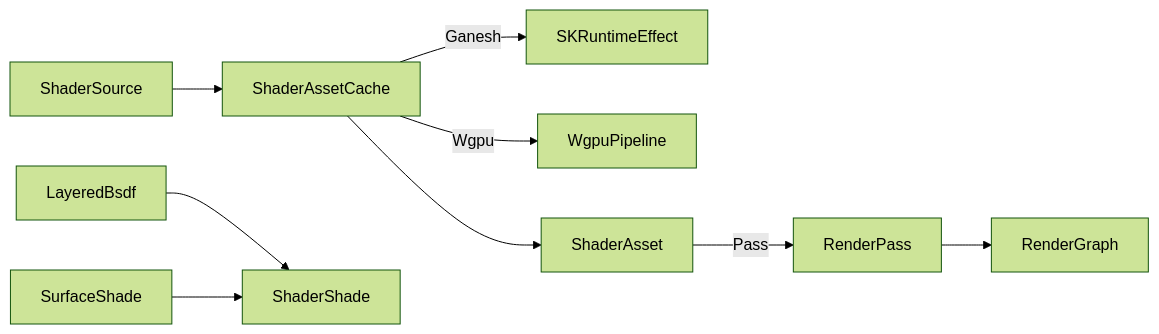
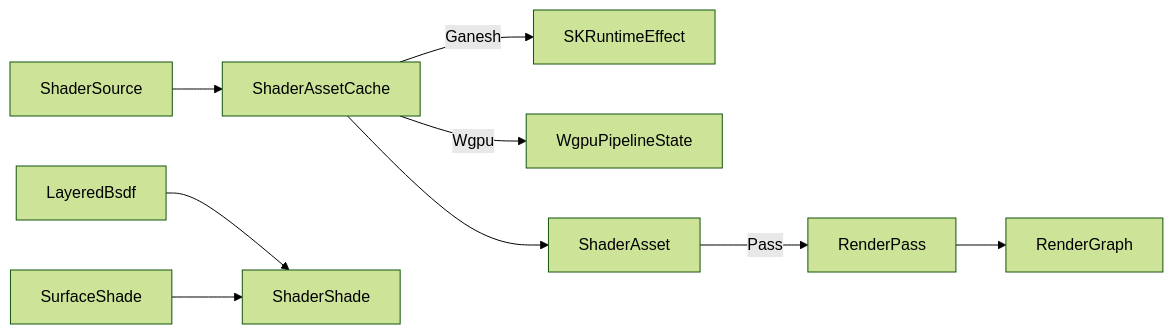
One commit to bsamiee/Rasm changed the diagram in libs/csharp/Rasm.AppUi/.planning/Render/shading.md. Above: the diagram before and after it, drawn with Mermaid (forest theme). The commit also changed other lines of this file and 43 other files, not shown here.

````diff
--- a/libs/csharp/Rasm.AppUi/.planning/Render/shading.md
+++ b/libs/csharp/Rasm.AppUi/.planning/Render/shading.md
@@ -114,11 +155,11 @@
 ```mermaid
 flowchart LR
     ShaderSource --> ShaderAssetCache
     ShaderAssetCache -->|Ganesh| SKRuntimeEffect
-    ShaderAssetCache -->|Wgpu| WgpuPipeline
+    ShaderAssetCache -->|Wgpu| WgpuPipelineState
     ShaderAssetCache --> ShaderAsset
     ShaderAsset -->|Pass| RenderPass
     LayeredBsdf --> ShaderShade
     SurfaceShade --> ShaderShade
     RenderPass --> RenderGraph
 ```
````
